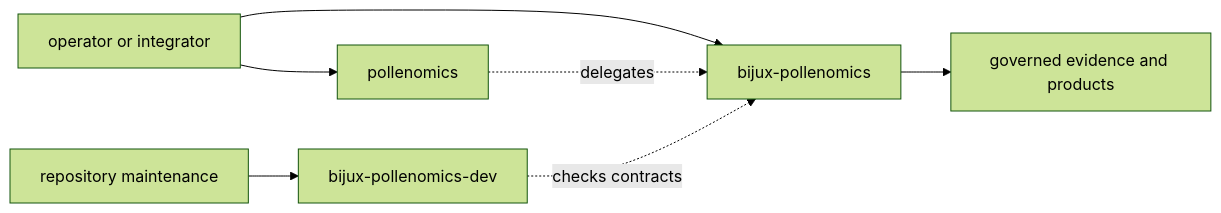
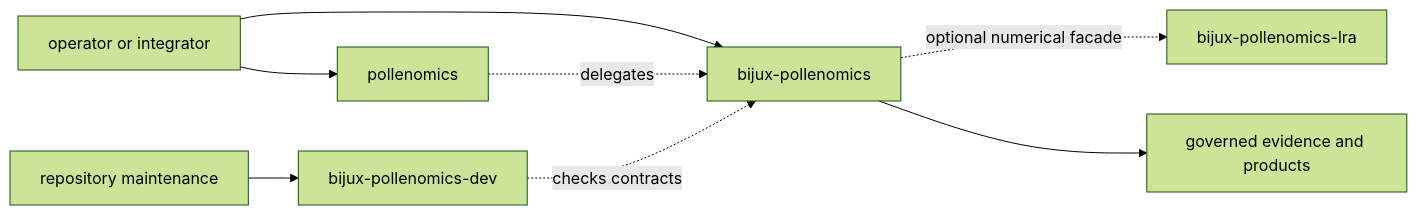
Before and after one commit to bijux/bijux-pollenomics: the first of 2 diagrams in docs/public/pollenomics/architecture/package-split.md, drawn with Mermaid (forest theme). The commit also changed other lines of this file and 104 other files, not shown here.

Commit message:
feat(lra): adopt a governed numerical package with explicit domain boundaries

````diff
--- a/docs/public/pollenomics/architecture/package-split.md
+++ b/docs/public/pollenomics/architecture/package-split.md
@@ -27,9 +30,10 @@
 ```mermaid
 flowchart LR
     User["operator or integrator"] --> Canonical["bijux-pollenomics"]
     User --> Alias["pollenomics"]
     Alias -. "delegates" .-> Canonical
     Maintainer["repository maintenance"] --> Toolkit["bijux-pollenomics-dev"]
     Toolkit -. "checks contracts" .-> Canonical
+    Canonical -. "optional numerical facade" .-> LRA["bijux-pollenomics-lra"]
     Canonical --> State["governed evidence and products"]
 ```
````
